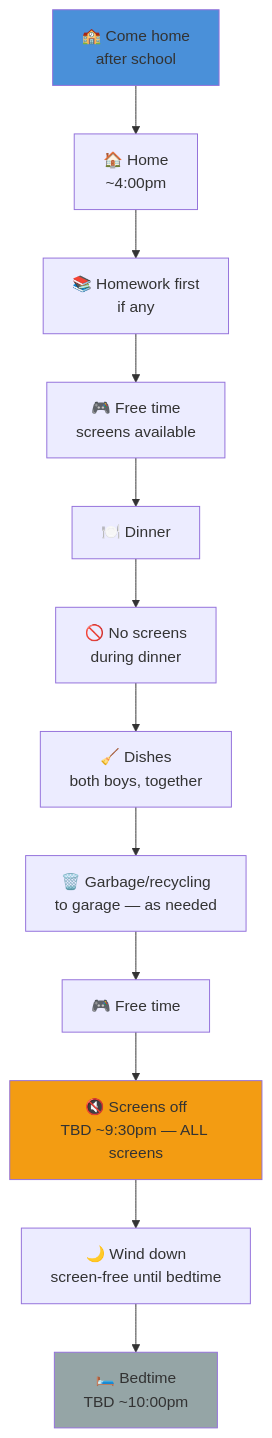
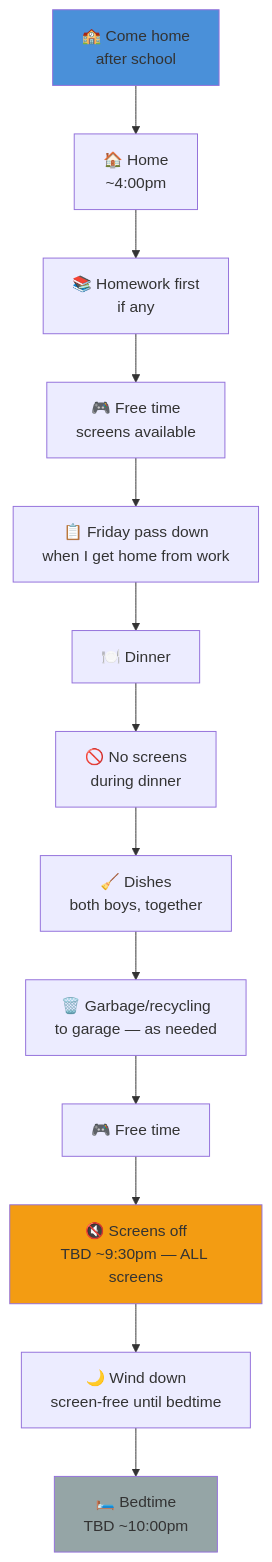
The diagram in day-types/01-friday.md (ajass/technology-reset), drawn with Mermaid before and after one commit.

Commit message:
Add Friday pass down to Mermaid flowchart (between free time and dinner)

````diff
--- a/day-types/01-friday.md
+++ b/day-types/01-friday.md
@@ -8,18 +8,19 @@
 ```mermaid
 flowchart TD
     A["🏫 Come home<br/>after school"] --> B["🏠 Home<br/>~4:00pm"]
     B --> C["📚 Homework first<br/>if any"]
     C --> D["🎮 Free time<br/>screens available"]
-    D --> E["🍽️ Dinner"]
+    D --> PD["📋 Friday pass down<br/>when I get home from work"]
+    PD --> E["🍽️ Dinner"]
     E --> F["🚫 No screens<br/>during dinner"]
     F --> G["🧹 Dishes<br/>both boys, together"]
     G --> H["🗑️ Garbage/recycling<br/>to garage — as needed"]
     H --> I["🎮 Free time"]
     I --> J["🔇 Screens off<br/>TBD ~9:30pm — ALL screens"]
     J --> K["🌙 Wind down<br/>screen-free until bedtime"]
     K --> L["🛏️ Bedtime<br/>TBD ~10:00pm"]
 
     style A fill:#4a90d9
     style J fill:#f39c12
     style L fill:#95a5a6
 ```
````
